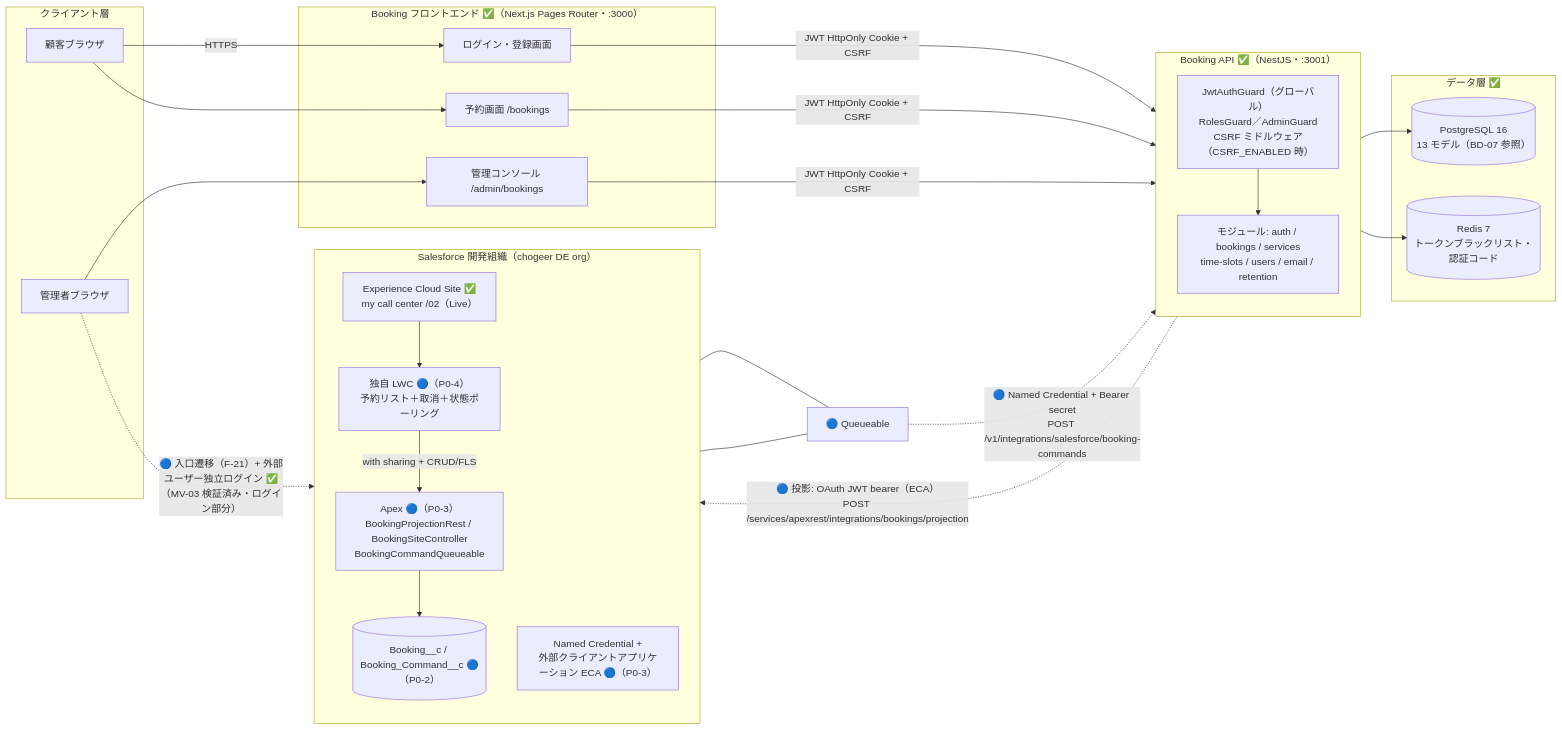
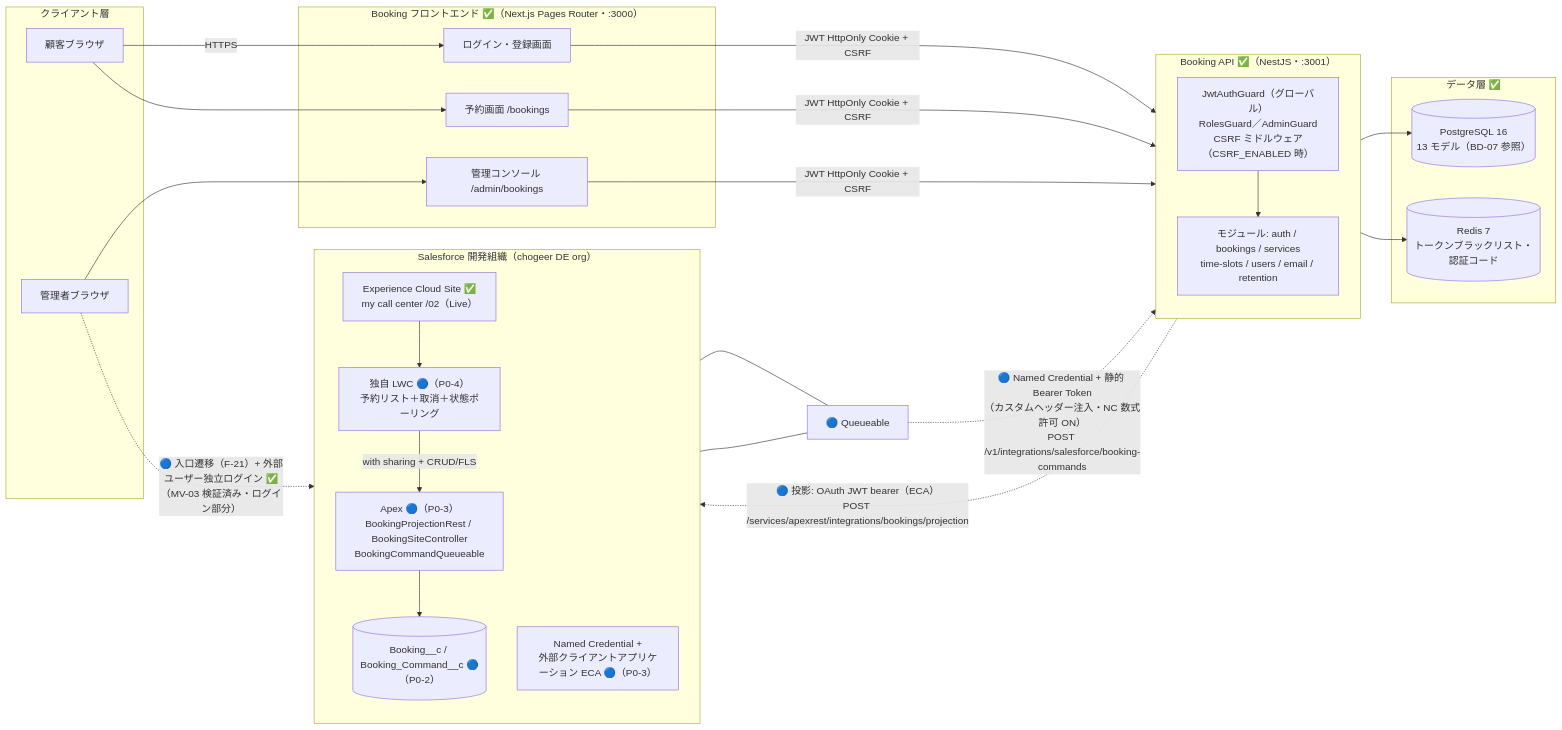
One commit to Cho-Geer/chogeer changed the diagram in docs/asset/basic-design/system-architecture.md. Above: the diagram before and after it, drawn with Mermaid. The commit also changed other lines of this file and 12 other files, not shown here.

Commit message:
docs: revise A3 auth contract to static Bearer token per C-2 amendment (ADR-3)

````diff
--- a/docs/asset/basic-design/system-architecture.md
+++ b/docs/asset/basic-design/system-architecture.md
@@ -21,50 +21,50 @@
 ```mermaid
 flowchart LR
     subgraph CL["クライアント層"]
         CU["顧客ブラウザ"]
         AU["管理者ブラウザ"]
     end
 
     subgraph BF["Booking フロントエンド ✅（Next.js Pages Router・:3000）"]
         LP["ログイン・登録画面"]
         BP["予約画面 /bookings"]
         AP["管理コンソール /admin/bookings"]
     end
 
     subgraph BA["Booking API ✅（NestJS・:3001）"]
         direction TB
         GUARD["JwtAuthGuard（グローバル）<br/>RolesGuard／AdminGuard<br/>CSRF ミドルウェア（CSRF_ENABLED 時）"]
         MOD["モジュール: auth / bookings / services<br/>time-slots / users / email / retention"]
     end
 
     subgraph DATA["データ層 ✅"]
         PG[("PostgreSQL 16<br/>13 モデル（BD-07 参照）")]
         RD[("Redis 7<br/>トークンブラックリスト・認証コード")]
     end
 
     subgraph SF["Salesforce 開発組織（chogeer DE org）"]
         direction TB
         SITE["Experience Cloud Site ✅<br/>my call center /02（Live）"]
         LWC["独自 LWC 🔵（P0-4）<br/>予約リスト＋取消＋状態ポーリング"]
         APEX["Apex 🔵（P0-3）<br/>BookingProjectionRest / BookingSiteController<br/>BookingCommandQueueable"]
         OBJ[("Booking__c / Booking_Command__c 🔵（P0-2）")]
         NC["Named Credential +<br/>外部クライアントアプリケーション ECA 🔵（P0-3）"]
     end
 
     CU -->|"HTTPS"| LP
     CU --> BP
     AU --> AP
     LP & BP & AP -->|"JWT HttpOnly Cookie + CSRF"| GUARD
     GUARD --> MOD
     MOD --> PG
     MOD --> RD
 
     MOD -.->|"🔵 投影: OAuth JWT bearer（ECA）<br/>POST /services/apexrest/integrations/bookings/projection"| APEX
     APEX --> OBJ
     LWC -->|"with sharing + CRUD/FLS"| APEX
     SITE --> LWC
     AU -.->|"🔵 入口遷移（F-21）+ 外部ユーザー独立ログイン ✅（MV-03 検証済み・ログイン部分）"| SITE
-    SQ["🔵 Queueable"] -.->|"🔵 Named Credential + Bearer secret<br/>POST /v1/integrations/salesforce/booking-commands"| MOD
+    SQ["🔵 Queueable"] -.->|"🔵 Named Credential + 静的 Bearer Token<br/>（カスタムヘッダー注入・NC 数式許可 ON）<br/>POST /v1/integrations/salesforce/booking-commands"| MOD
     APEX --- SQ
     SQ --- NC
 ```
````
